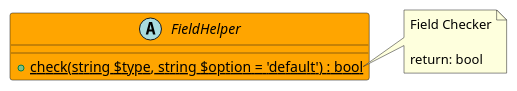
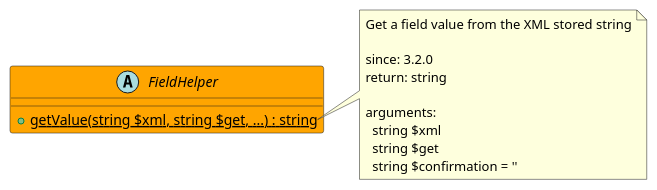
Before and after one commit to joomengine/jcb-compiler: the diagram in src/7a5fd3f3-199e-43ba-a8e8-f473d6c030ec/README.md, drawn with PlantUML. The commit also changed 725 other files, not shown here.

````diff
--- a/src/7a5fd3f3-199e-43ba-a8e8-f473d6c030ec/README.md
+++ b/src/7a5fd3f3-199e-43ba-a8e8-f473d6c030ec/README.md
@@ -11,14 +11,20 @@
 ```uml
 @startuml
 abstract FieldHelper  #Orange {
-  + {static} check(string $type, string $option = 'default') : bool
+  + {static} getValue(string $xml, string $get, ...) : string
 }
 
-note right of FieldHelper::check
-  Field Checker
+note right of FieldHelper::getValue
+  Get a field value from the XML stored string
 
-  return: bool
+  since: 3.2.0
+  return: string
+  
+  arguments:
+    string $xml
+    string $get
+    string $confirmation = ''
 end note
  
 @enduml
 ```
````
